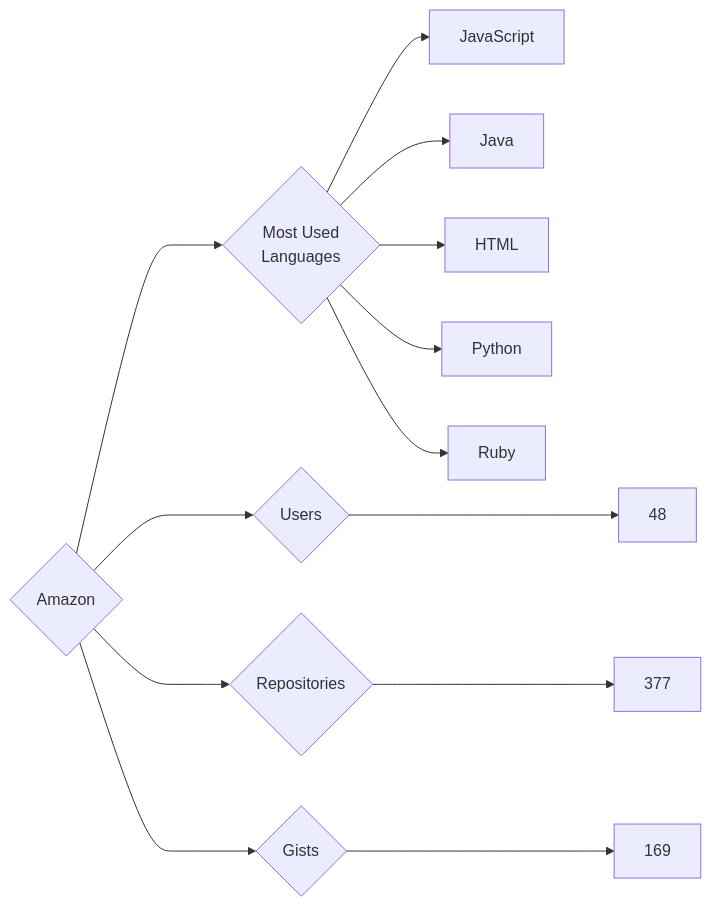
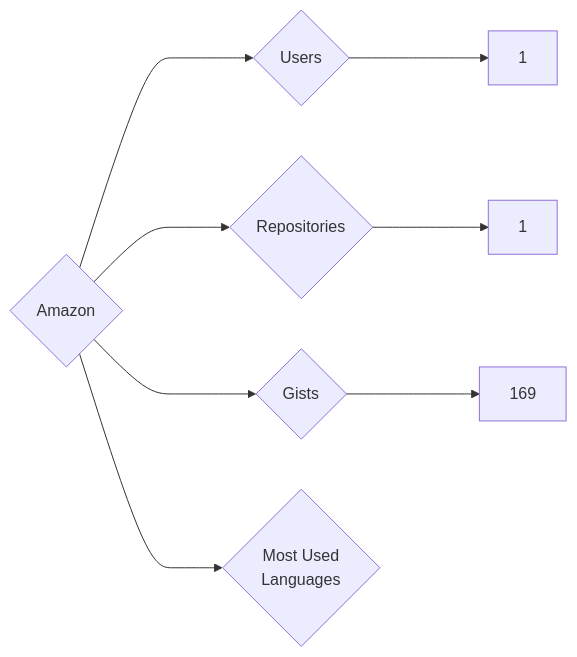
The diagram in targets/Amazon/README.md (trickest/insiders), drawn with Mermaid before and after one commit. The commit also changed 682 other files, not shown here.

````diff
--- a/targets/Amazon/README.md
+++ b/targets/Amazon/README.md
@@ -3,13 +3,8 @@
 ```mermaid
 graph LR
 COMPANY_NAME{Amazon}
-COMPANY_NAME ---> U{Users} ---> UN[48]
-COMPANY_NAME ---> R{Repositories} ---> RN[377]
+COMPANY_NAME ---> U{Users} ---> UN[1]
+COMPANY_NAME ---> R{Repositories} ---> RN[1]
 COMPANY_NAME ---> G{Gists} ---> GN[169]
 COMPANY_NAME ---> ML{Most Used<br>Languages}
-ML --> JavaScript[JavaScript]
-ML --> Java[Java]
-ML --> HTML[HTML]
-ML --> Python[Python]
-ML --> Ruby[Ruby]
 ```
````
